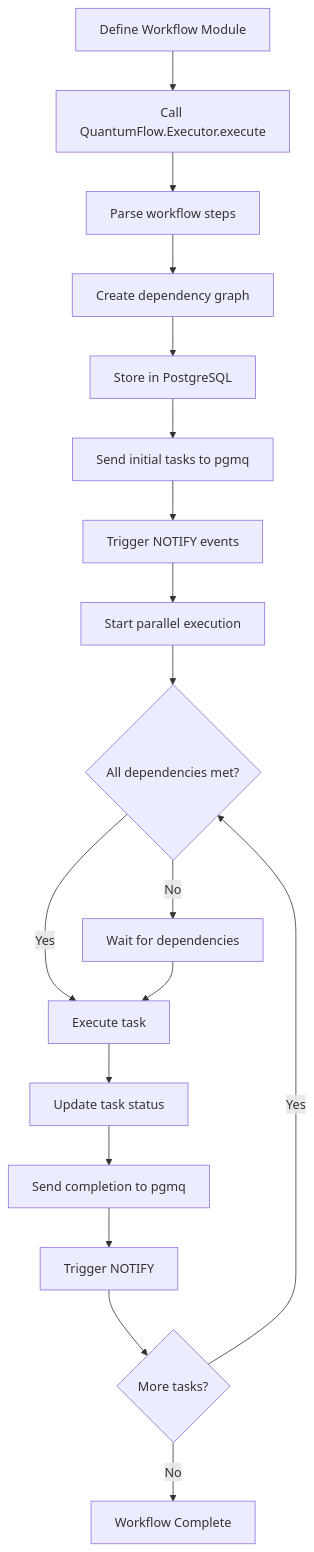
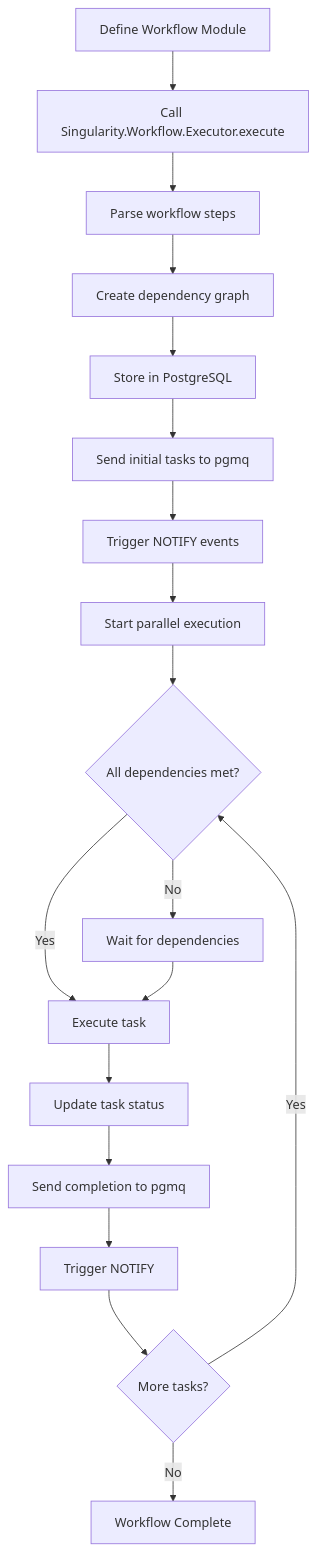
Before and after one commit to Singularity-ng/singularity-workflows: the third of 15 diagrams in docs/architecture_diagrams.md, drawn with Mermaid. The commit also changed other lines of this file and 146 other files, not shown here.

Commit message:
Rename QuantumFlow to Singularity.Workflow

````diff
--- a/docs/architecture_diagrams.md
+++ b/docs/architecture_diagrams.md
@@ -71,20 +71,20 @@
 ```mermaid
 flowchart TD
-    A[Define Workflow Module] --> B[Call QuantumFlow.Executor.execute]
+    A[Define Workflow Module] --> B[Call Singularity.Workflow.Executor.execute]
     B --> C[Parse workflow steps]
     C --> D[Create dependency graph]
     D --> E[Store in PostgreSQL]
     E --> F[Send initial tasks to pgmq]
     F --> G[Trigger NOTIFY events]
     G --> H[Start parallel execution]
     H --> I{All dependencies met?}
     I -->|No| J[Wait for dependencies]
     I -->|Yes| K[Execute task]
     K --> L[Update task status]
     L --> M[Send completion to pgmq]
     M --> N[Trigger NOTIFY]
     N --> O{More tasks?}
     O -->|Yes| I
     O -->|No| P[Workflow Complete]
     J --> K
 ```
````
